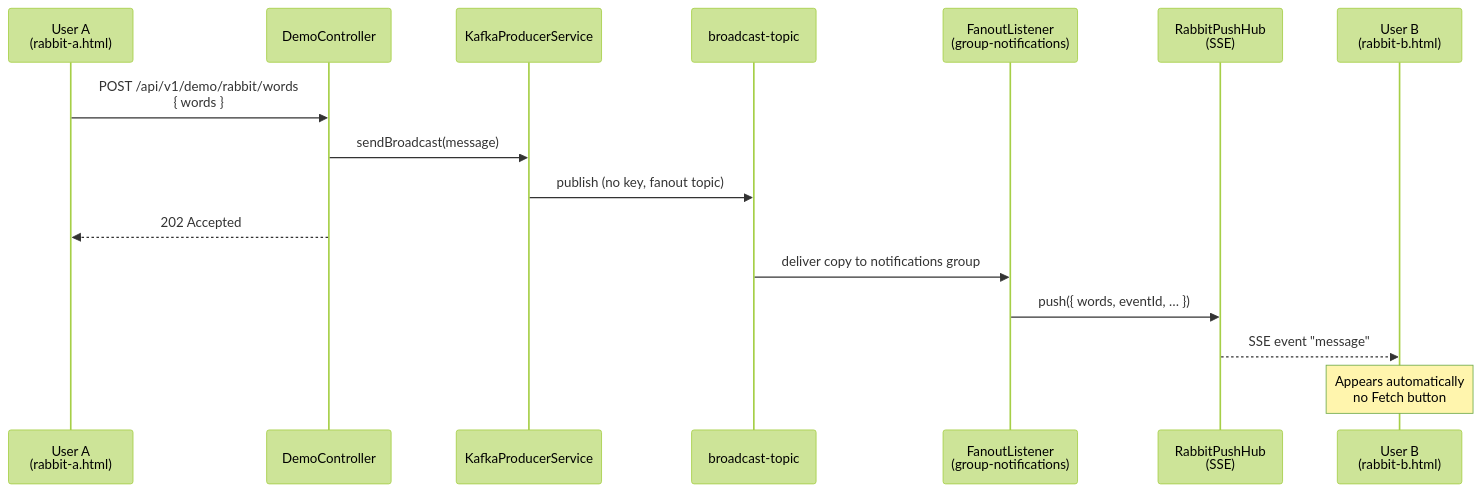
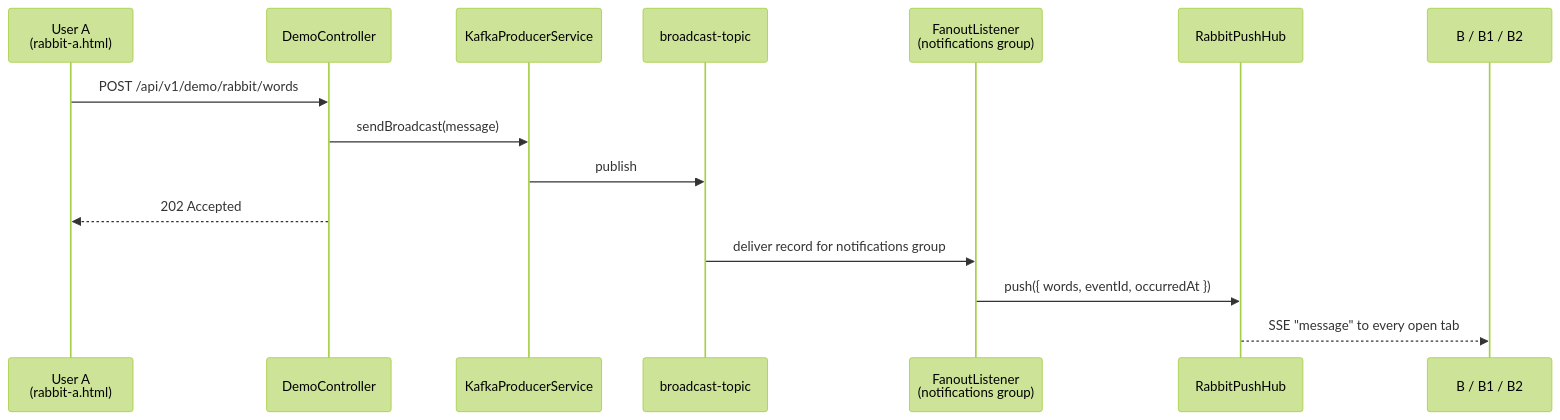
The first of 4 diagrams in docs/DEMO_DATAFLOWS.md (manydogs23/Kafka), drawn with Mermaid (forest theme) before and after one commit. The commit also changed other lines of this file and 21 other files, not shown here.

````diff
--- a/docs/DEMO_DATAFLOWS.md
+++ b/docs/DEMO_DATAFLOWS.md
@@ -14,20 +18,19 @@
 ```mermaid
 sequenceDiagram
     participant A as User A<br/>(rabbit-a.html)
     participant API as DemoController
     participant P as KafkaProducerService
     participant K as broadcast-topic
-    participant F as FanoutListener<br/>(group-notifications)
-    participant Hub as RabbitPushHub<br/>(SSE)
-    participant B as User B<br/>(rabbit-b.html)
+    participant N as FanoutListener<br/>(notifications group)
+    participant Hub as RabbitPushHub
+    participant Bx as B / B1 / B2
 
-    A->>API: POST /api/v1/demo/rabbit/words<br/>{ words }
+    A->>API: POST /api/v1/demo/rabbit/words
     API->>P: sendBroadcast(message)
-    P->>K: publish (no key, fanout topic)
+    P->>K: publish
     API-->>A: 202 Accepted
 
-    K->>F: deliver copy to notifications group
-    F->>Hub: push({ words, eventId, … })
-    Hub-->>B: SSE event "message"
-    Note over B: Appears automatically<br/>no Fetch button
+    K->>N: deliver record for notifications group
+    N->>Hub: push({ words, eventId, occurredAt })
+    Hub-->>Bx: SSE "message" to every open tab
 ```
````
